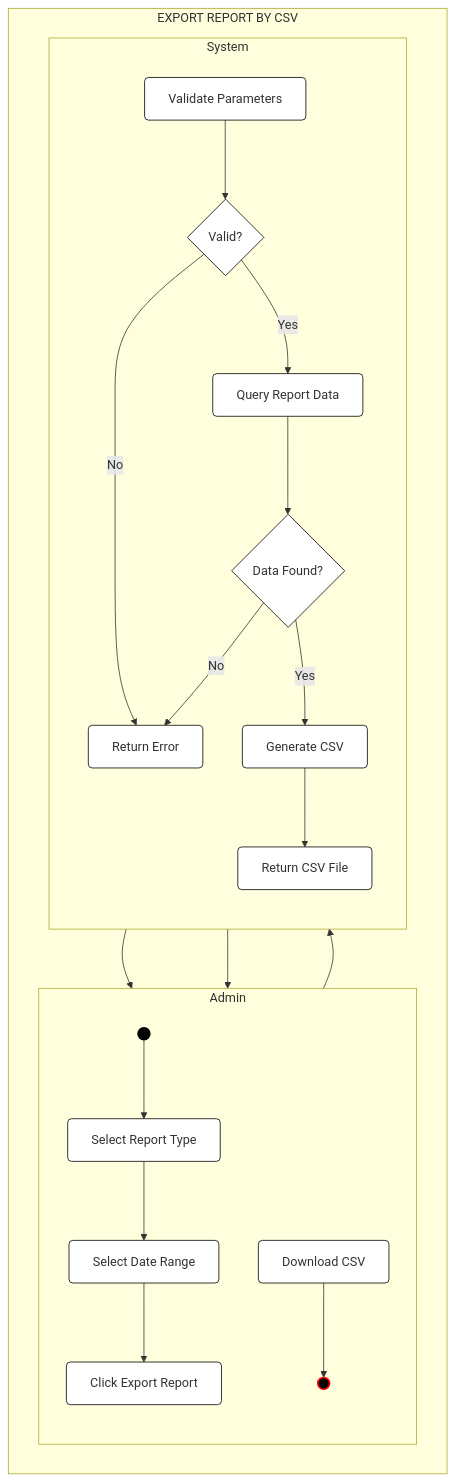
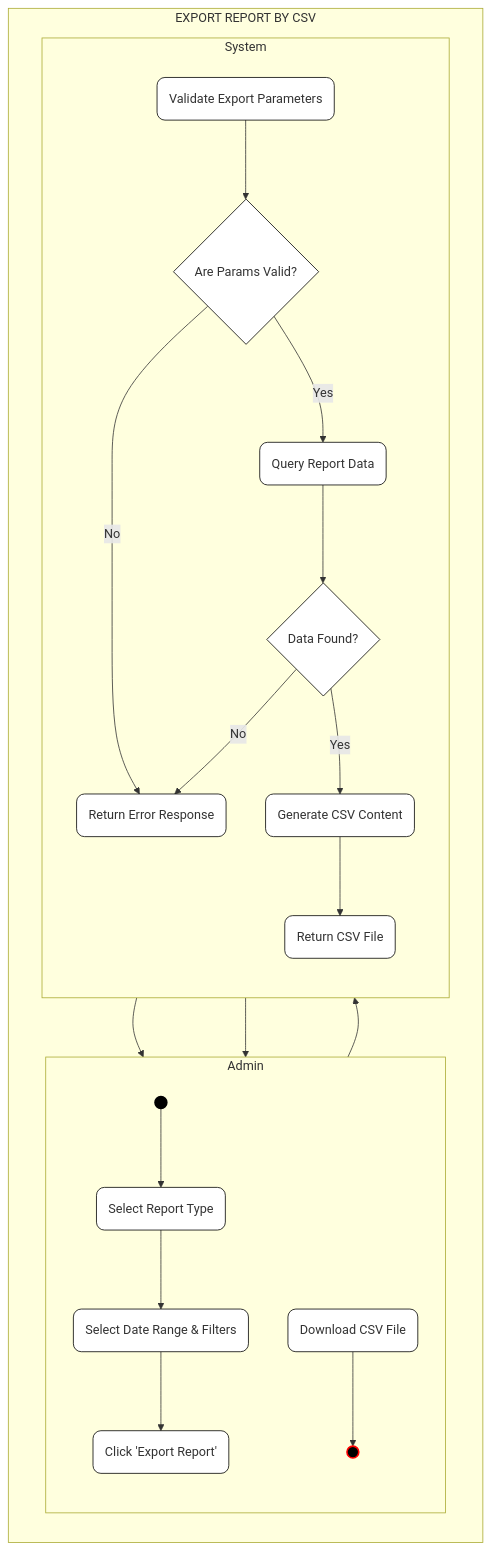
One commit to phuongloannn/bicycle-web-FE changed the sixth of 6 diagrams in UML_Activity_Diagrams.md. Above: the diagram before and after it, drawn with Mermaid. The commit also changed other lines of this file, not shown here.

Commit message:
Update Activity Diagrams with rounded action nodes and improved labels matching visual style

````diff
--- a/UML_Activity_Diagrams.md
+++ b/UML_Activity_Diagrams.md
@@ -266,50 +266,50 @@
 ```mermaid
 flowchart TB
     %% Definitions
     classDef startNode fill:#000,stroke:#000,stroke-width:2px,color:#fff;
     classDef endNode fill:#000,stroke:#f00,stroke-width:2px,color:#fff;
-    classDef actionNode fill:#fff,stroke:#000,stroke-width:1px,rx:5,ry:5;
+    classDef actionNode fill:#fff,stroke:#000,stroke-width:1px,rx:10,ry:10;
     classDef decisionNode fill:#fff,stroke:#000,stroke-width:1px,shape:diamond;
 
     subgraph ExportRepGroup ["EXPORT REPORT BY CSV"]
         direction TB
 
         subgraph AdminCol6 ["Admin"]
             direction TB
             Start6(( )):::startNode
-            A6_1[Select Report Type]:::actionNode
-            A6_2[Select Date Range]:::actionNode
-            A6_3[Click Export Report]:::actionNode
-            A6_4[Download CSV]:::actionNode
+            A6_1(Select Report Type):::actionNode
+            A6_2(Select Date Range & Filters):::actionNode
+            A6_3(Click 'Export Report'):::actionNode
+            A6_4(Download CSV File):::actionNode
             End6(( )):::endNode
 
             Start6 --> A6_1
             A6_1 --> A6_2
             A6_2 --> A6_3
         end
 
         subgraph SystemCol6 ["System"]
             direction TB
-            S6_1[Validate Parameters]:::actionNode
-            D6_1{Valid?}:::decisionNode
-            S6_2[Query Report Data]:::actionNode
+            S6_1(Validate Export Parameters):::actionNode
+            D6_1{Are Params Valid?}:::decisionNode
+            S6_2(Query Report Data):::actionNode
             D6_2{Data Found?}:::decisionNode
-            S6_3[Generate CSV]:::actionNode
-            S6_4[Return CSV File]:::actionNode
-            S6_5[Return Error]:::actionNode
+            S6_3(Generate CSV Content):::actionNode
+            S6_4(Return CSV File):::actionNode
+            S6_5(Return Error Response):::actionNode
 
             A6_3 --> S6_1
             S6_1 --> D6_1
             D6_1 -- No --> S6_5
             D6_1 -- Yes --> S6_2
             S6_2 --> D6_2
             D6_2 -- No --> S6_5
             D6_2 -- Yes --> S6_3
             S6_3 --> S6_4
             S6_4 --> A6_4
             S6_5 --> A6_4
         end
         
         A6_4 --> End6
     end
 ```
````
